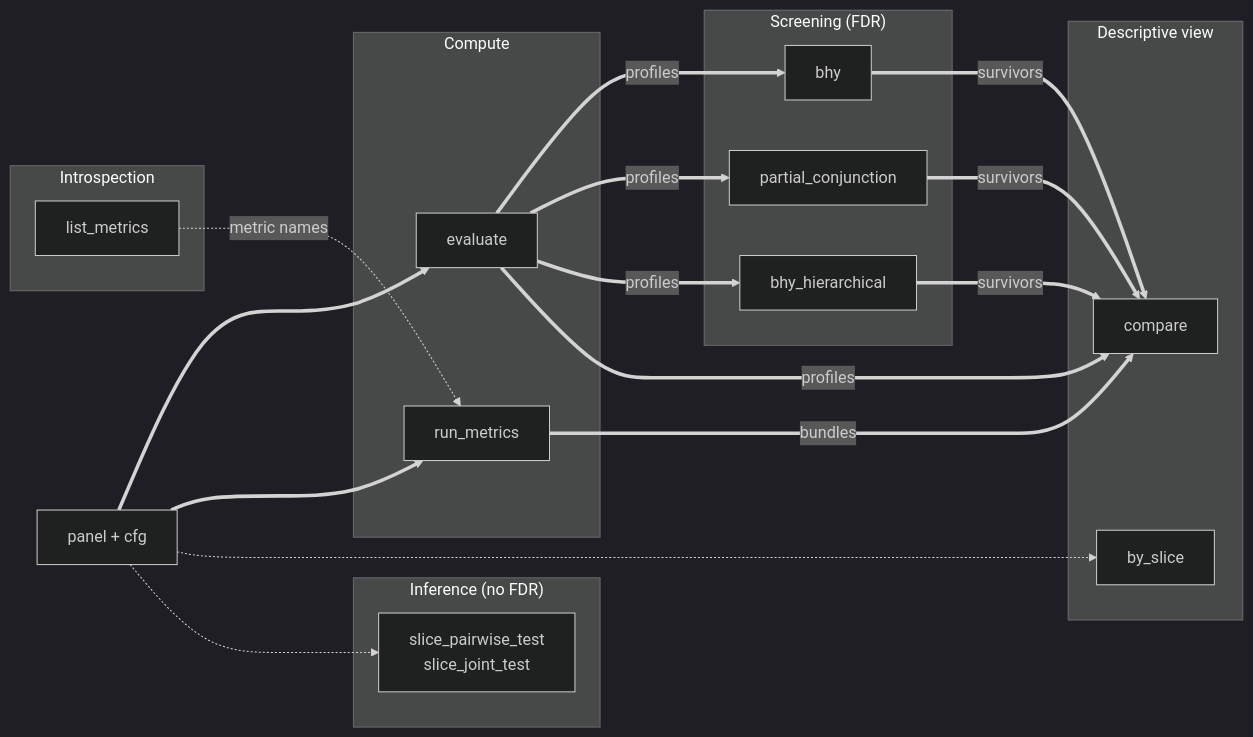
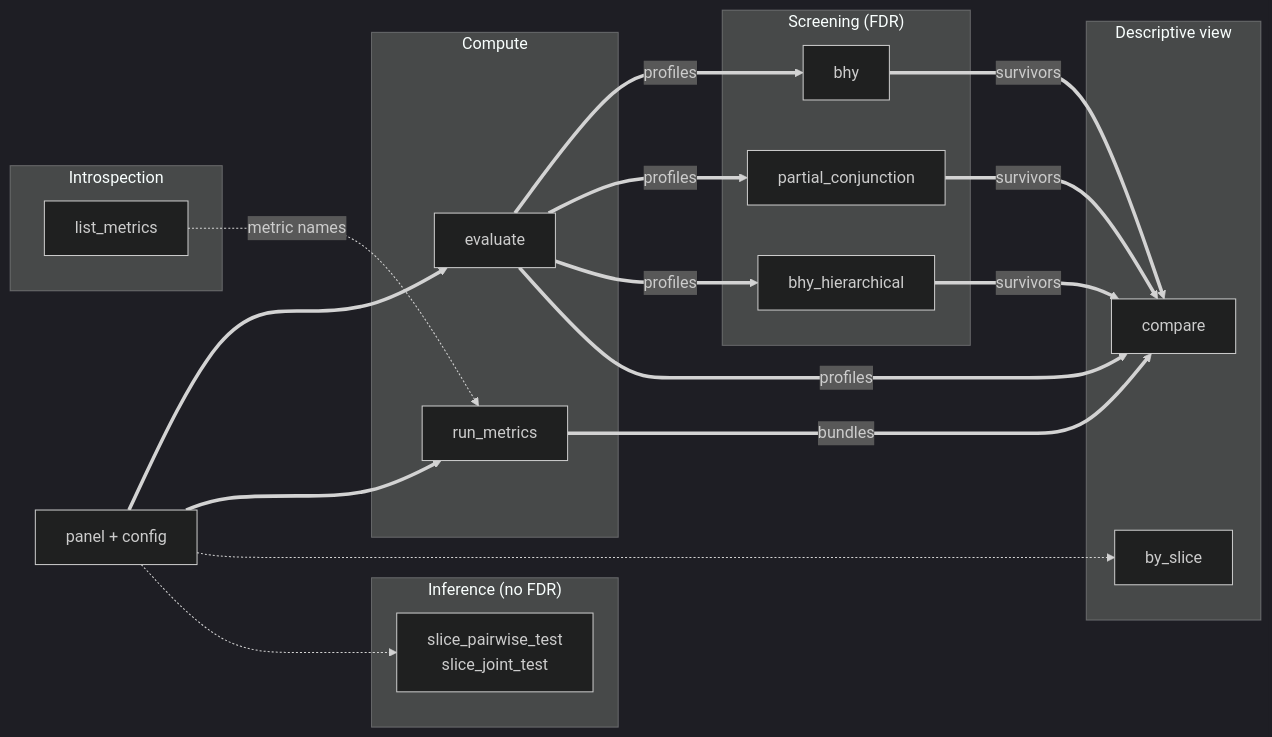
One commit to awwesomeman/factrix changed the diagram in docs/api/index.md. Above: the diagram before and after it, drawn with Mermaid (dark theme). The commit also changed 2 other files, not shown here.

Commit message:
docs: rendered-preview fixes — duplicate changelog title, panel+config wording, FDR glossary entry
Three issues caught from rendered-preview review of #266 / #267:

1. development/changelog.md rendered two "Changelog" headings — the
   page had its own H1 and then snippet-included CHANGELOG.md, which
   also starts with H1. Drop the outer H1 so the included file is the
   single title source.

2. api/index.md function-flow mermaid showed "panel + cfg" but the
   public surface uses AnalysisConfig and the typical variable name in
   user code is config (matching the docstrings and api/analysis-config.md).
   Rename for consistency.

3. FDR / BHY / family / Survivors had no glossary entry — first
   mention in user prose (api/index.md "Screening (FDR)" category)
   relied on the reader already knowing the acronym. Add a "Multiple
   testing" section to reference/glossary.md with the four core terms
   and links into statistical-methods.md, multi-factor.md, and the
   decision-tree expand_over discussion for the sample-restriction vs
   hypothesis-dimension split.

Refs #164

````diff
--- a/docs/api/index.md
+++ b/docs/api/index.md
@@ -7,52 +7,52 @@
 ```mermaid
 flowchart LR
-    P[panel + cfg]
+    P[panel + config]
 
     subgraph Compute
         EV[evaluate]
         RM[run_metrics]
     end
 
     subgraph Screening["Screening (FDR)"]
         BHY[bhy]
         PC[partial_conjunction]
         BHYH[bhy_hierarchical]
     end
 
     subgraph Inference["Inference (no FDR)"]
         ST["slice_pairwise_test<br/>slice_joint_test"]
     end
 
     subgraph View["Descriptive view"]
         BS[by_slice]
         CMP[compare]
     end
 
     subgraph Introspection
         LM[list_metrics]
     end
 
     P ==> EV
     P ==> RM
     P -.-> BS
     P -.-> ST
     EV ==>|profiles| BHY
     EV ==>|profiles| PC
     EV ==>|profiles| BHYH
     EV ==>|profiles| CMP
     RM ==>|bundles| CMP
     BHY ==>|survivors| CMP
     PC ==>|survivors| CMP
     BHYH ==>|survivors| CMP
     LM -.->|metric names| RM
 
     click EV "evaluate/" "evaluate API"
     click RM "run-metrics/" "run_metrics API"
     click BS "by-slice/" "by_slice API"
     click ST "slice-test/" "slice_pairwise_test / slice_joint_test API"
     click BHY "multi-factor/" "bhy API"
     click PC "partial-conjunction/" "partial_conjunction API"
     click BHYH "bhy-hierarchical/" "bhy_hierarchical API"
     click LM "list-metrics/" "list_metrics API"
     click CMP "compare/" "compare API"
 ```
````
